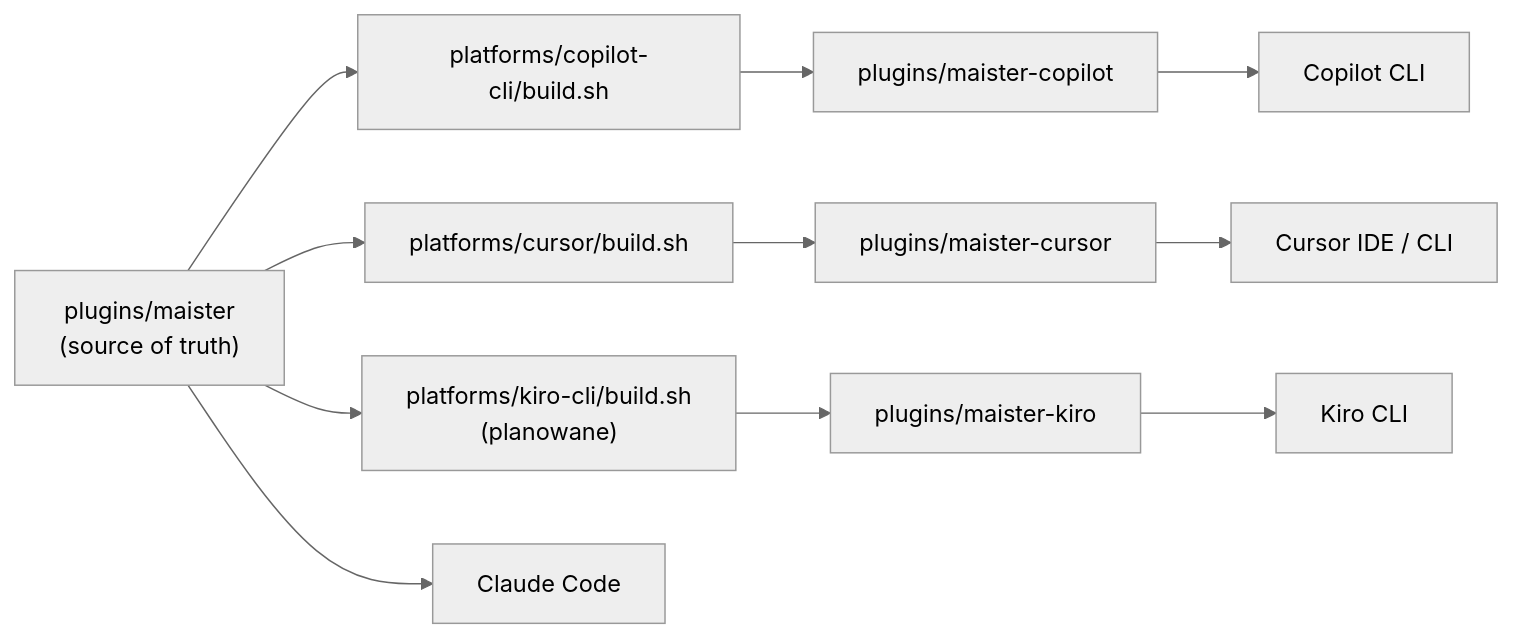
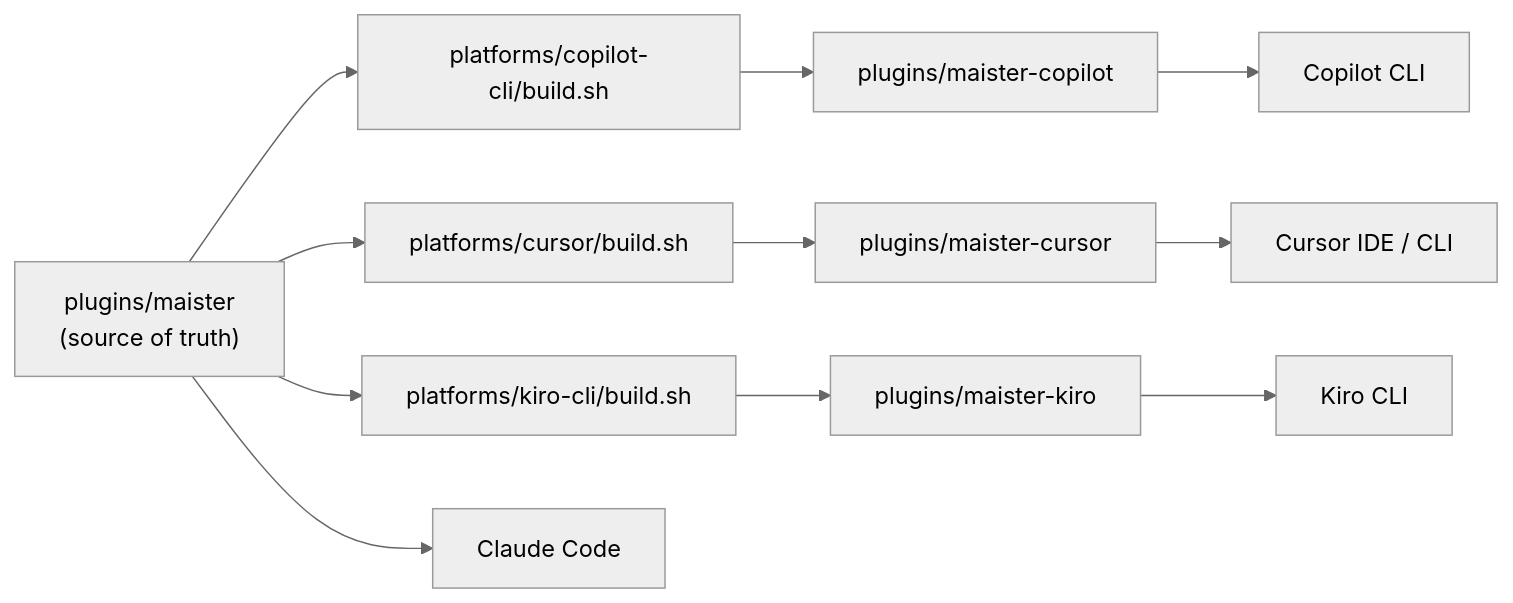
The diagram in docs/cursor-agent-support.md (mateuszrapacz/maister), drawn with Mermaid (neutral theme) before and after one commit. The commit also changed other lines of this file and 197 other files, not shown here.

First line of the commit message:
Add Kiro CLI platform support for Maister workflows.

````diff
--- a/docs/cursor-agent-support.md
+++ b/docs/cursor-agent-support.md
@@ -93,19 +93,19 @@
 ```mermaid
 flowchart LR
   CORE["plugins/maister<br/>(source of truth)"]
   BUILD_COPILOT["platforms/copilot-cli/build.sh"]
   BUILD_CURSOR["platforms/cursor/build.sh"]
-  BUILD_KIRO["platforms/kiro-cli/build.sh<br/>(planowane)"]
+  BUILD_KIRO["platforms/kiro-cli/build.sh"]
   COPILOT["plugins/maister-copilot"]
   CURSOR["plugins/maister-cursor"]
   KIRO["plugins/maister-kiro"]
   CLAUDE["Claude Code"]
   COPILOT_CLI["Copilot CLI"]
   CURSOR_AGENT["Cursor IDE / CLI"]
   KIRO_CLI["Kiro CLI"]
 
   CORE --> BUILD_COPILOT --> COPILOT --> COPILOT_CLI
   CORE --> BUILD_CURSOR --> CURSOR --> CURSOR_AGENT
   CORE --> BUILD_KIRO --> KIRO --> KIRO_CLI
   CORE --> CLAUDE
 ```
````
